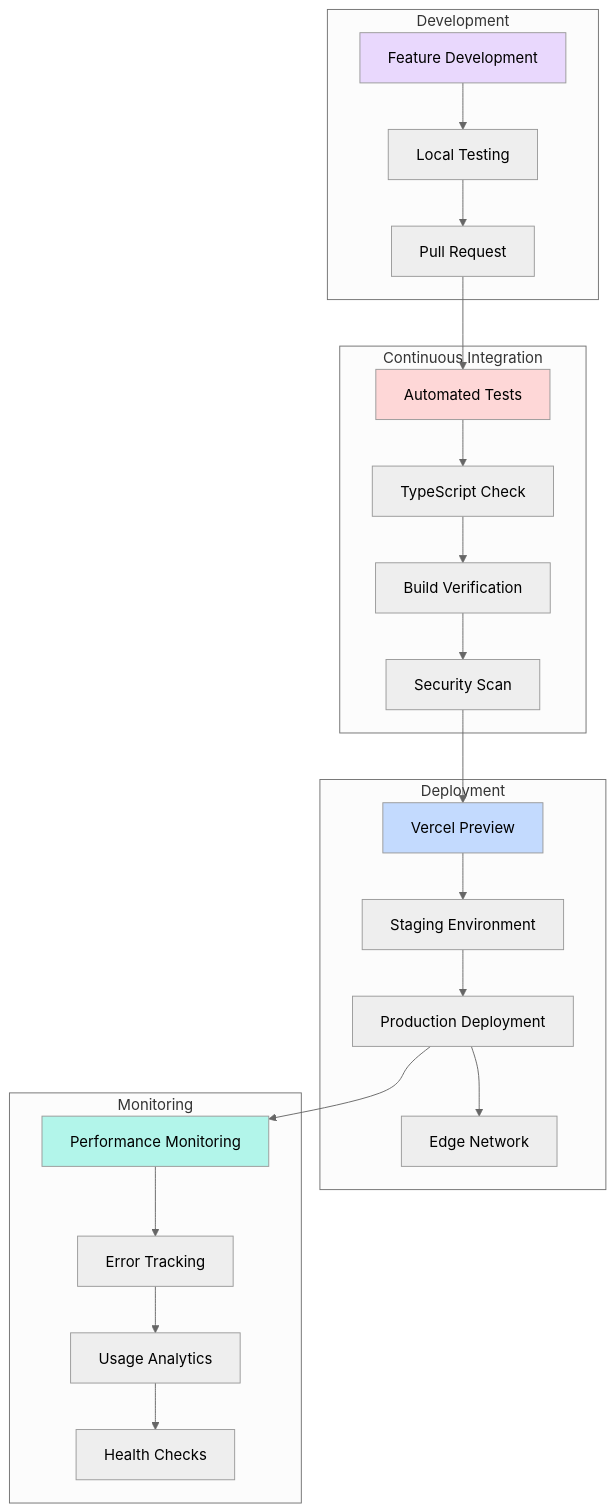
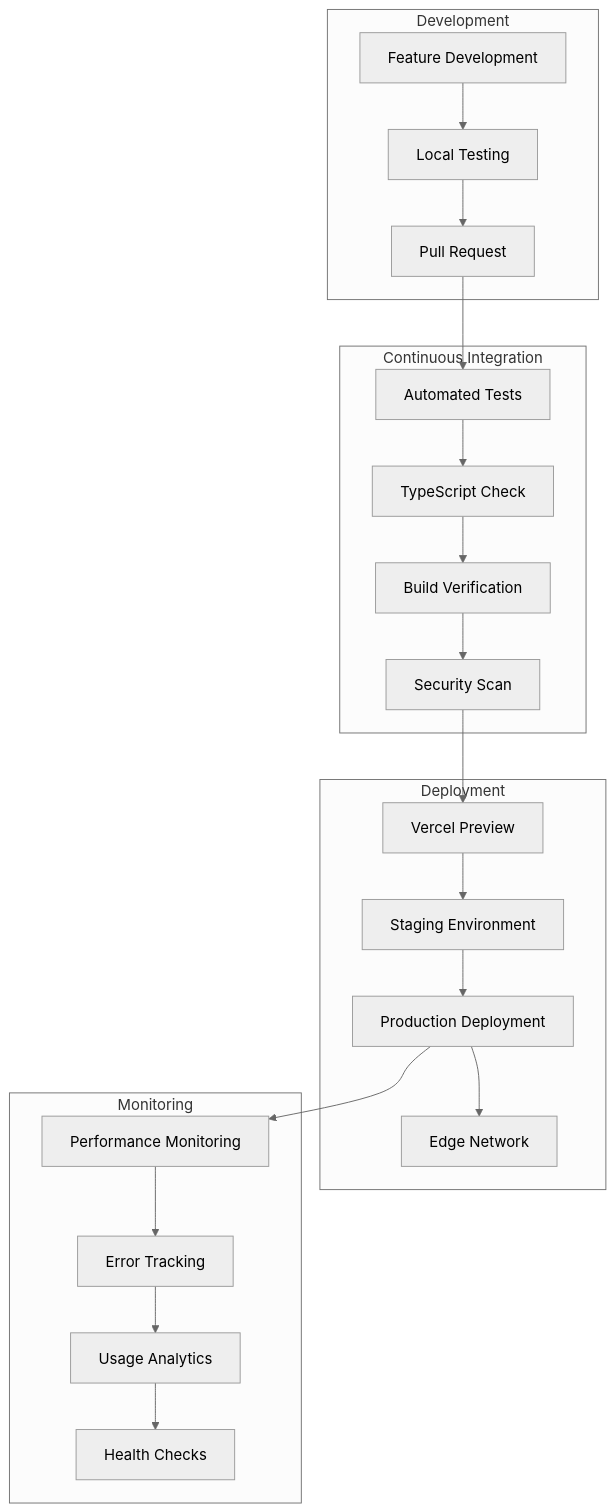
Before and after one commit to genewang/Ayuma: the eighth of 14 diagrams in ARCHITECTURE.md, drawn with Mermaid (neutral theme). The commit also changed other lines of this file and 2 other files, not shown here.

First line of the commit message:
docs: standardize Mermaid diagram styling across documentation

````diff
--- a/ARCHITECTURE.md
+++ b/ARCHITECTURE.md
@@ -469,39 +450,35 @@
 ```mermaid
 flowchart TB
     subgraph Development
         A[Feature Development]
         B[Local Testing]
         C[Pull Request]
     end
 
     subgraph Continuous Integration
         D[Automated Tests]
         E[TypeScript Check]
         F[Build Verification]
         G[Security Scan]
     end
 
     subgraph Deployment
         H[Vercel Preview]
         I[Staging Environment]
         J[Production Deployment]
         K[Edge Network]
     end
 
     subgraph Monitoring
         L[Performance Monitoring]
         M[Error Tracking]
         N[Usage Analytics]
         O[Health Checks]
     end
 
     A --> B --> C
     C --> D --> E --> F --> G
     G --> H --> I --> J --> K
     J --> L --> M --> N --> O
 
-    style A fill:#e9d8fd
-    style D fill:#fed7d7
-    style H fill:#c3dafe
-    style L fill:#b2f5ea
 ```
````
